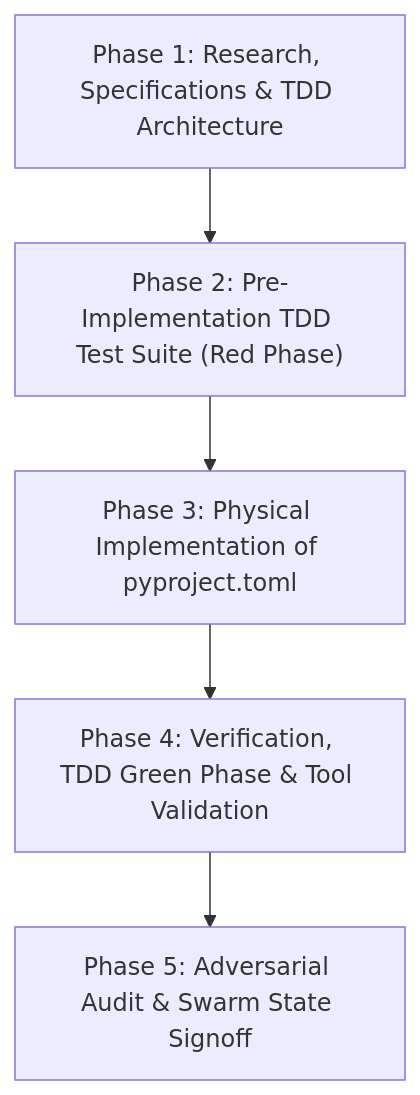
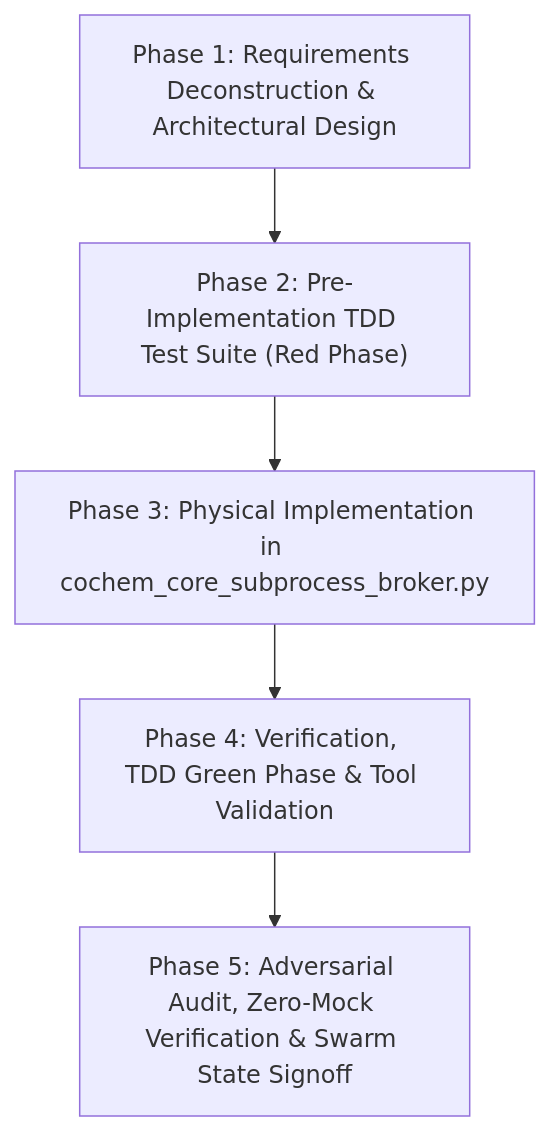
One commit to ProfJJK-CoChem/CoChem-BASE changed the diagram in sdpm_report_dump.md. Above: the diagram before and after it, drawn with Mermaid. The commit also changed other lines of this file and 12 other files, not shown here.

Commit message:
Automated completion of Doc7_01_subprocess_broker_prompt.md

````diff
--- a/sdpm_report_dump.md
+++ b/sdpm_report_dump.md
@@ -36,13 +46,13 @@
 ```mermaid
 graph TD
-    P1["Phase 1: Research, Specifications & TDD Architecture"]
+    P1["Phase 1: Requirements Deconstruction & Architectural Design"]
     P2["Phase 2: Pre-Implementation TDD Test Suite (Red Phase)"]
-    P3["Phase 3: Physical Implementation of pyproject.toml"]
+    P3["Phase 3: Physical Implementation in cochem_core_subprocess_broker.py"]
     P4["Phase 4: Verification, TDD Green Phase & Tool Validation"]
-    P5["Phase 5: Adversarial Audit & Swarm State Signoff"]
+    P5["Phase 5: Adversarial Audit, Zero-Mock Verification & Swarm State Signoff"]
 
     P1 --> P2
     P2 --> P3
     P3 --> P4
     P4 --> P5
 ```
````
